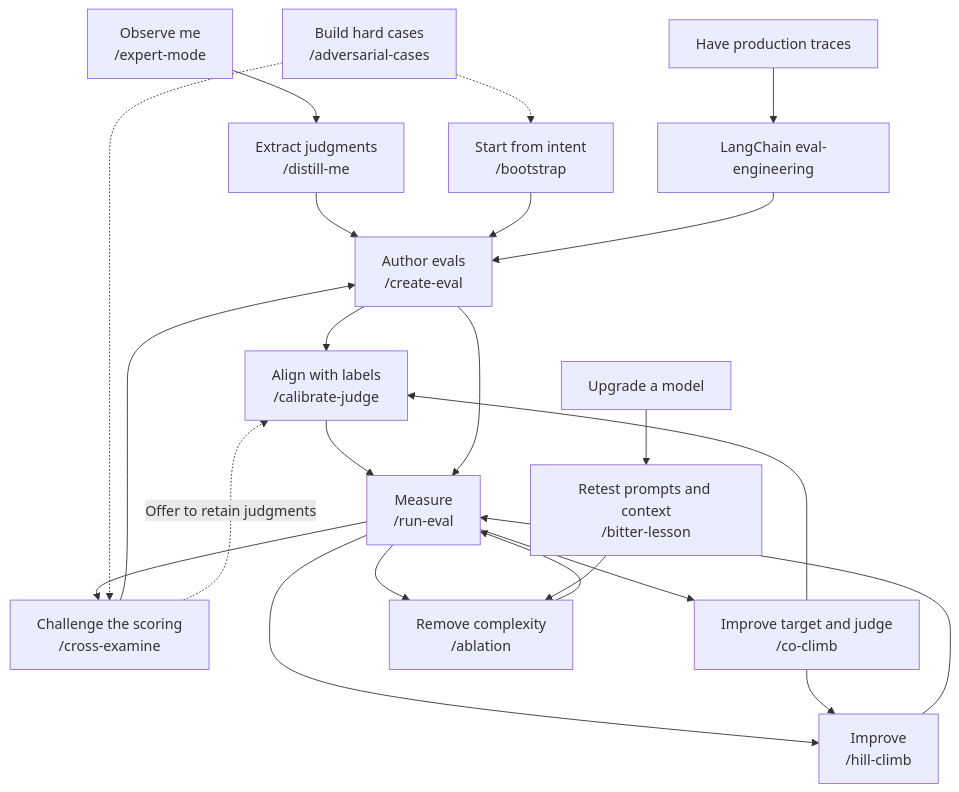
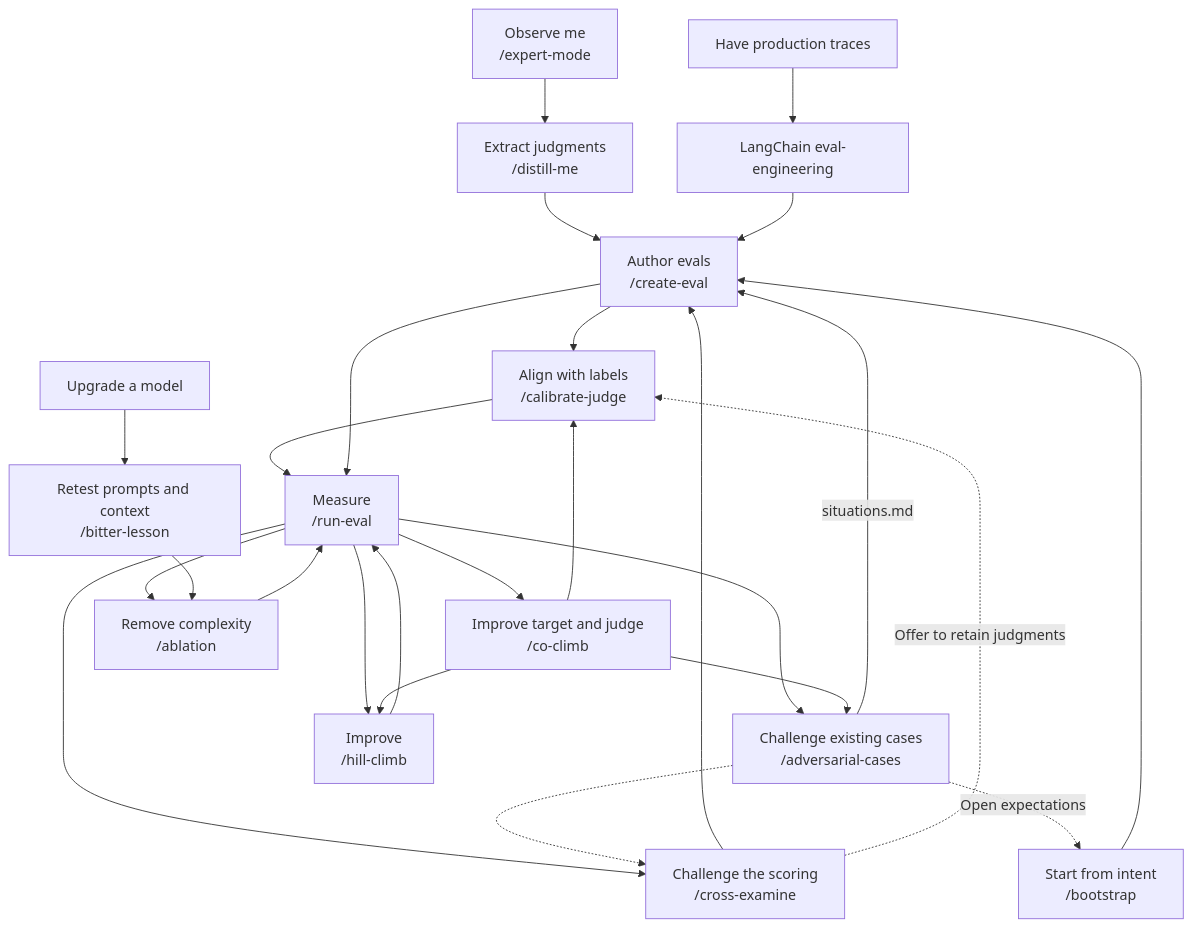
The diagram in README.md (theclaymethod/cstack), drawn with Mermaid before and after one commit. The commit also changed other lines of this file and 22 other files, not shown here.

````diff
--- a/README.md
+++ b/README.md
@@ -18,19 +18,22 @@
 ```mermaid
 flowchart TD
     O["Observe me<br/>/expert-mode"] --> D["Extract judgments<br/>/distill-me"]
     D --> C["Author evals<br/>/create-eval"]
     B["Start from intent<br/>/bootstrap"] --> C
     P["Have production traces"] --> E["LangChain eval-engineering"] --> C
     C --> J["Align with labels<br/>/calibrate-judge"] --> R["Measure<br/>/run-eval"]
     C --> R
     R --> X["Challenge the scoring<br/>/cross-examine"] --> C
     X -. "Offer to retain judgments" .-> J
-    A["Build hard cases<br/>/adversarial-cases"] -.-> B
+    R --> A["Challenge existing cases<br/>/adversarial-cases"]
+    A -->|"situations.md"| C
+    A -. "Open expectations" .-> B
     A -.-> X
     R --> H["Improve<br/>/hill-climb"] --> R
     R --> CC["Improve target and judge<br/>/co-climb"]
+    CC --> A
     CC --> H
     CC --> J
     R --> L["Remove complexity<br/>/ablation"] --> R
     M["Upgrade a model"] --> BL["Retest prompts and context<br/>/bitter-lesson"] --> L
 ```
````
